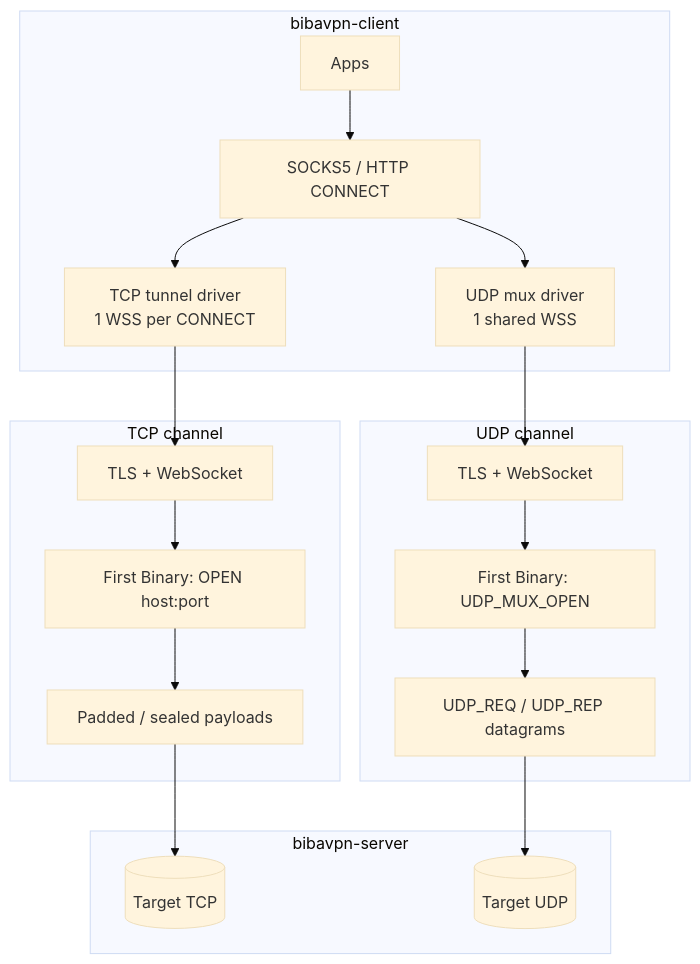
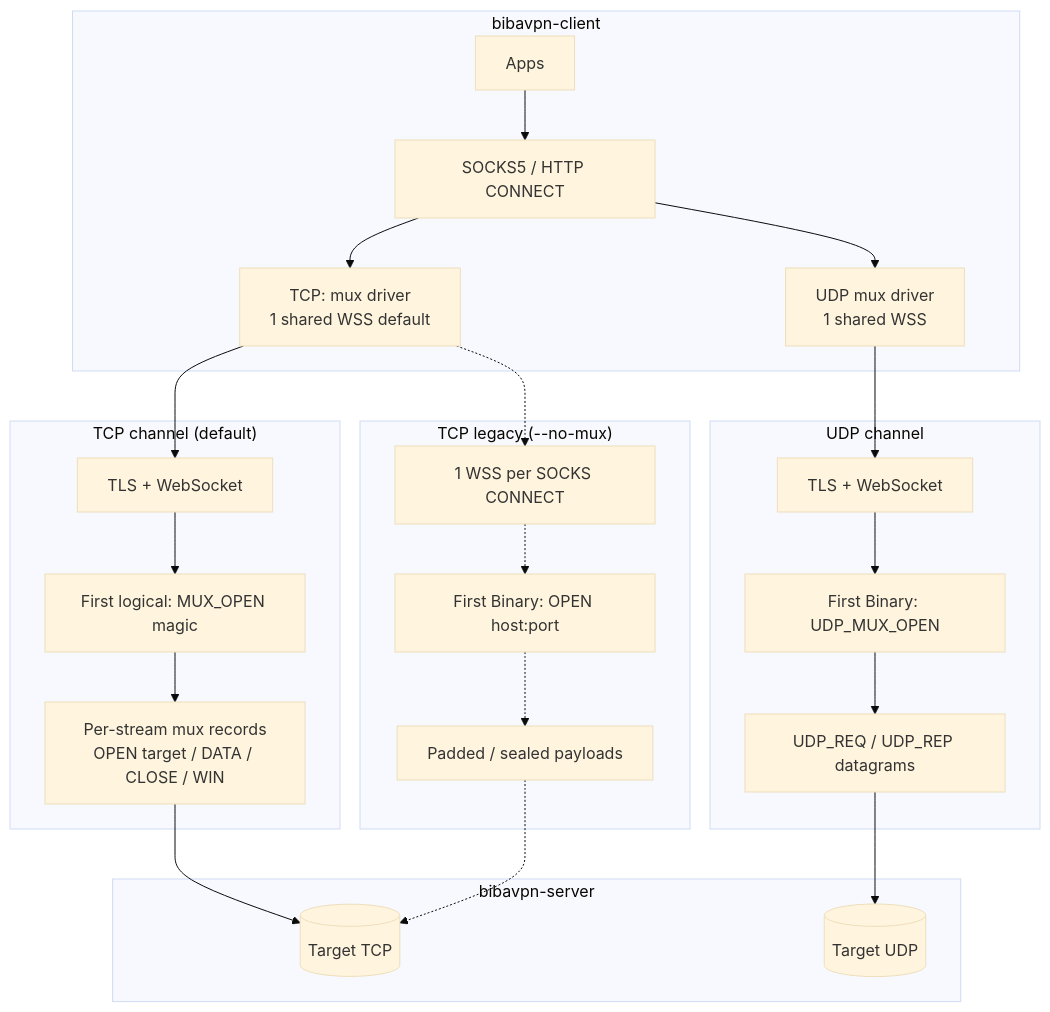
The second of 3 diagrams in README.md (Eljaja/BibaVPN), drawn with Mermaid (base theme) before and after one commit. The commit also changed other lines of this file and 21 other files, not shown here.

````diff
--- a/README.md
+++ b/README.md
@@ -71,25 +72,32 @@
 ```mermaid
 flowchart TB
   subgraph client["bibavpn-client"]
     APP[Apps] --> SOCKS[SOCKS5 / HTTP CONNECT]
-    SOCKS --> TUN_TCP[TCP tunnel driver\n1 WSS per CONNECT]
+    SOCKS --> TUN_TCP[TCP: mux driver\n1 shared WSS default]
     SOCKS --> TUN_UDP[UDP mux driver\n1 shared WSS]
   end
 
-  subgraph path_tcp["TCP channel"]
+  subgraph path_tcp["TCP channel (default)"]
     TUN_TCP --> WSS1[TLS + WebSocket]
-    WSS1 --> OPEN[First Binary: OPEN host:port]
-    OPEN --> LOOP[Padded / sealed payloads]
+    WSS1 --> MUXO2[First logical: MUX_OPEN magic]
+    MUXO2 --> STREAMS[Per-stream mux records\nOPEN target / DATA / CLOSE / WIN]
+  end
+
+  subgraph path_tcp_legacy["TCP legacy (--no-mux)"]
+    TUN_TCP -.-> WSSL[1 WSS per SOCKS CONNECT]
+    WSSL -.-> OPENL[First Binary: OPEN host:port]
+    OPENL -.-> LOOPL[Padded / sealed payloads]
   end
 
   subgraph path_udp["UDP channel"]
     TUN_UDP --> WSS2[TLS + WebSocket]
     WSS2 --> MUXO[First Binary: UDP_MUX_OPEN]
     MUXO --> UDPR[UDP_REQ / UDP_REP datagrams]
   end
 
   subgraph server["bibavpn-server"]
-    LOOP --> REMOTE_TCP[(Target TCP)]
+    STREAMS --> REMOTE_TCP[(Target TCP)]
+    LOOPL -.-> REMOTE_TCP
     UDPR --> REMOTE_UDP[(Target UDP)]
   end
 ```
````
